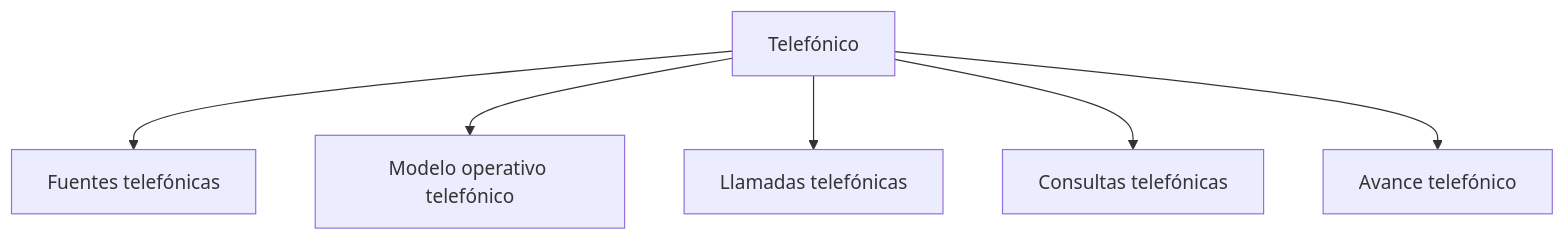
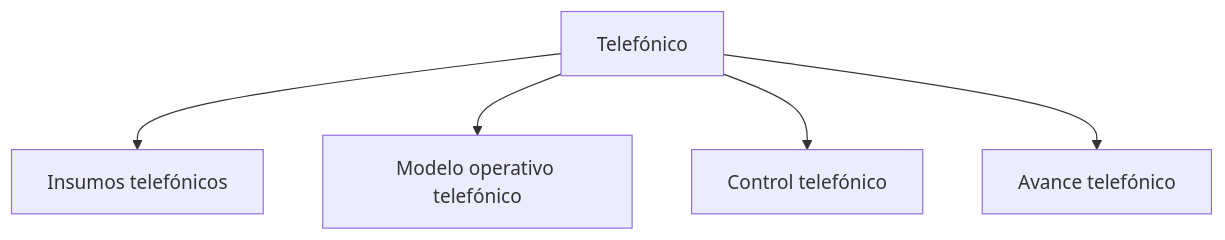
Before and after one commit to GonzaloAlmendariz/prosecnur-app: the second of 2 diagrams in Obsidian_Prosecnur/Prosecnur/Módulos/03 Monitoreo/Modos/02 Telefónico/Telefónico.md, drawn with Mermaid. The commit also changed other lines of this file and 49 other files, not shown here.

First line of the commit message:
docs(boveda): Telefónico pasa a Insumos, Modelo, Control y Avance, y la bóveda cubre los nodos nuevos de 0.9.4

````diff
--- a/Obsidian_Prosecnur/Prosecnur/Módulos/03 Monitoreo/Modos/02 Telefónico/Telefónico.md
+++ b/Obsidian_Prosecnur/Prosecnur/Módulos/03 Monitoreo/Modos/02 Telefónico/Telefónico.md
@@ -54,9 +56,8 @@
 ```mermaid
 flowchart TD
     N["Telefónico"]
-    N --> C1["Fuentes telefónicas"]
+    N --> C1["Insumos telefónicos"]
     N --> C2["Modelo operativo telefónico"]
-    N --> C3["Llamadas telefónicas"]
-    N --> C4["Consultas telefónicas"]
-    N --> C5["Avance telefónico"]
+    N --> C3["Control telefónico"]
+    N --> C4["Avance telefónico"]
 ```
````
